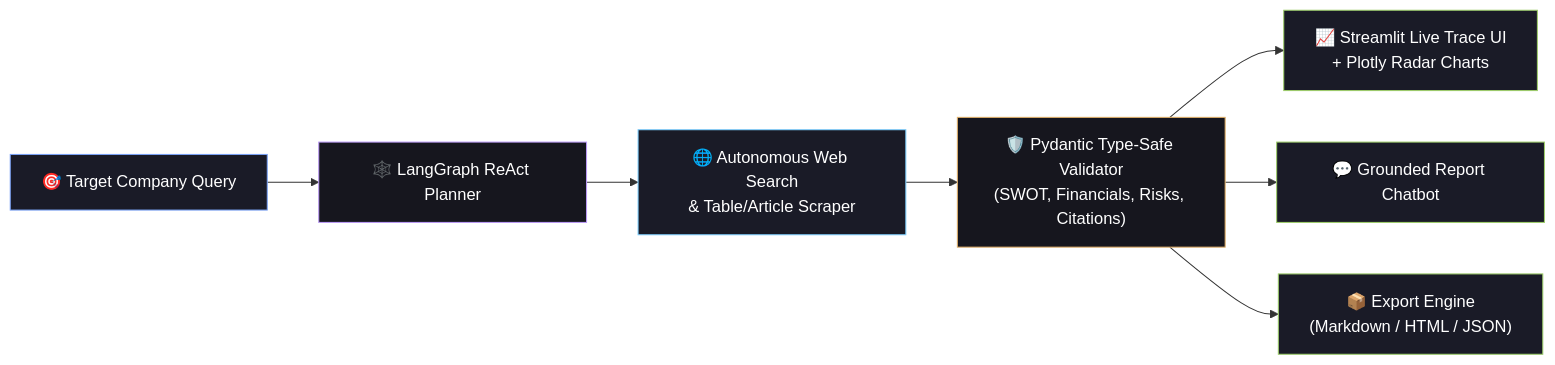
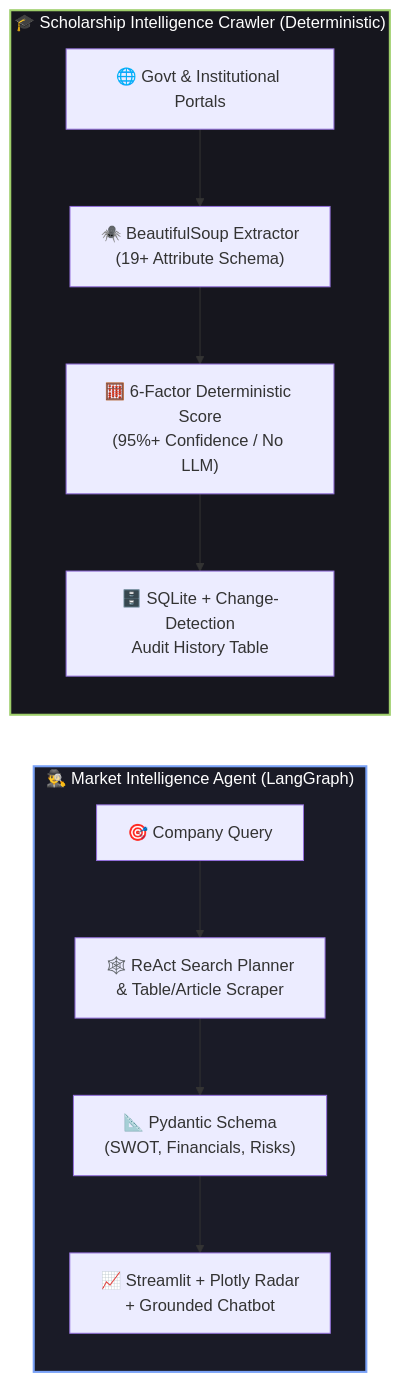
The third of 3 diagrams in README.md (adarsh-dubey-gthb/adarsh-dubey-gthb), drawn with Mermaid before and after one commit. The commit also changed other lines of this file, not shown here.

````diff
--- a/README.md
+++ b/README.md
@@ -127,18 +137,17 @@
 ```mermaid
 flowchart LR
-    A["🎯 Target Company Query"] --> B["🕸️ LangGraph ReAct Planner"]
-    B --> C["🌐 Autonomous Web Search<br/>& Table/Article Scraper"]
-    C --> D["🛡️ Pydantic Type-Safe Validator<br/>(SWOT, Financials, Risks, Citations)"]
-    D --> E1["📈 Streamlit Live Trace UI<br/>+ Plotly Radar Charts"]
-    D --> E2["💬 Grounded Report Chatbot"]
-    D --> E3["📦 Export Engine<br/>(Markdown / HTML / JSON)"]
+    subgraph ReAct["🕵️‍♂️ Market Intelligence Agent (LangGraph)"]
+        M1["🎯 Company Query"] --> M2["🕸️ ReAct Search Planner<br/>& Table/Article Scraper"]
+        M2 --> M3["📐 Pydantic Schema<br/>(SWOT, Financials, Risks)"]
+        M3 --> M4["📈 Streamlit + Plotly Radar<br/>+ Grounded Chatbot"]
+    end
 
-    style A fill:#1a1b27,stroke:#7aa2f7,color:#fff
-    style B fill:#16161e,stroke:#bb9af7,color:#fff
-    style C fill:#1a1b27,stroke:#7dcfff,color:#fff
-    style D fill:#16161e,stroke:#e0af68,color:#fff
-    style E1 fill:#1a1b27,stroke:#9ece6a,color:#fff
-    style E2 fill:#1a1b27,stroke:#9ece6a,color:#fff
-    style E3 fill:#1a1b27,stroke:#9ece6a,color:#fff
+    subgraph Crawler["🎓 Scholarship Intelligence Crawler (Deterministic)"]
+        S1["🌐 Govt & Institutional Portals"] --> S2["🕷️ BeautifulSoup Extractor<br/>(19+ Attribute Schema)"]
+        S2 --> S3["🧮 6-Factor Deterministic Score<br/>(95%+ Confidence / No LLM)"]
+        S3 --> S4["🗄️ SQLite + Change-Detection<br/>Audit History Table"]
+    end
 
+    style ReAct fill:#1a1b27,stroke:#7aa2f7,stroke-width:2px,color:#fff
+    style Crawler fill:#16161e,stroke:#9ece6a,stroke-width:2px,color:#fff
 ```
````
